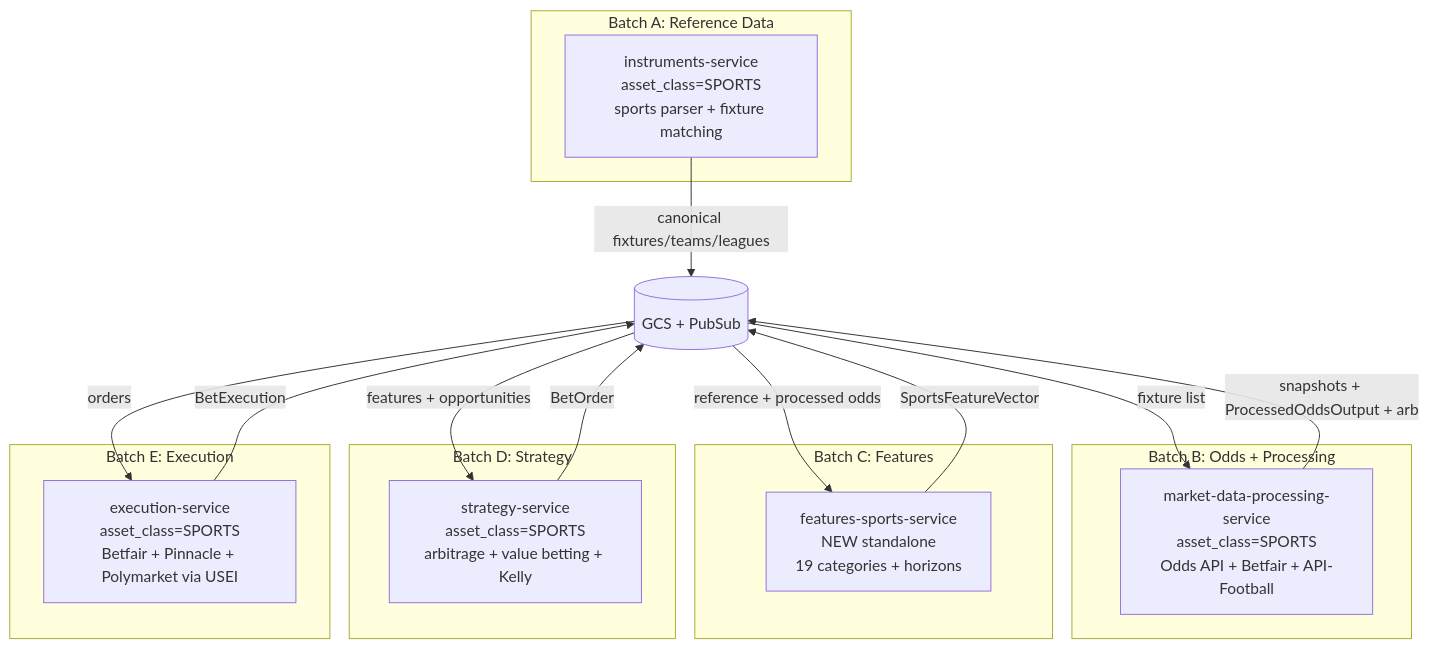
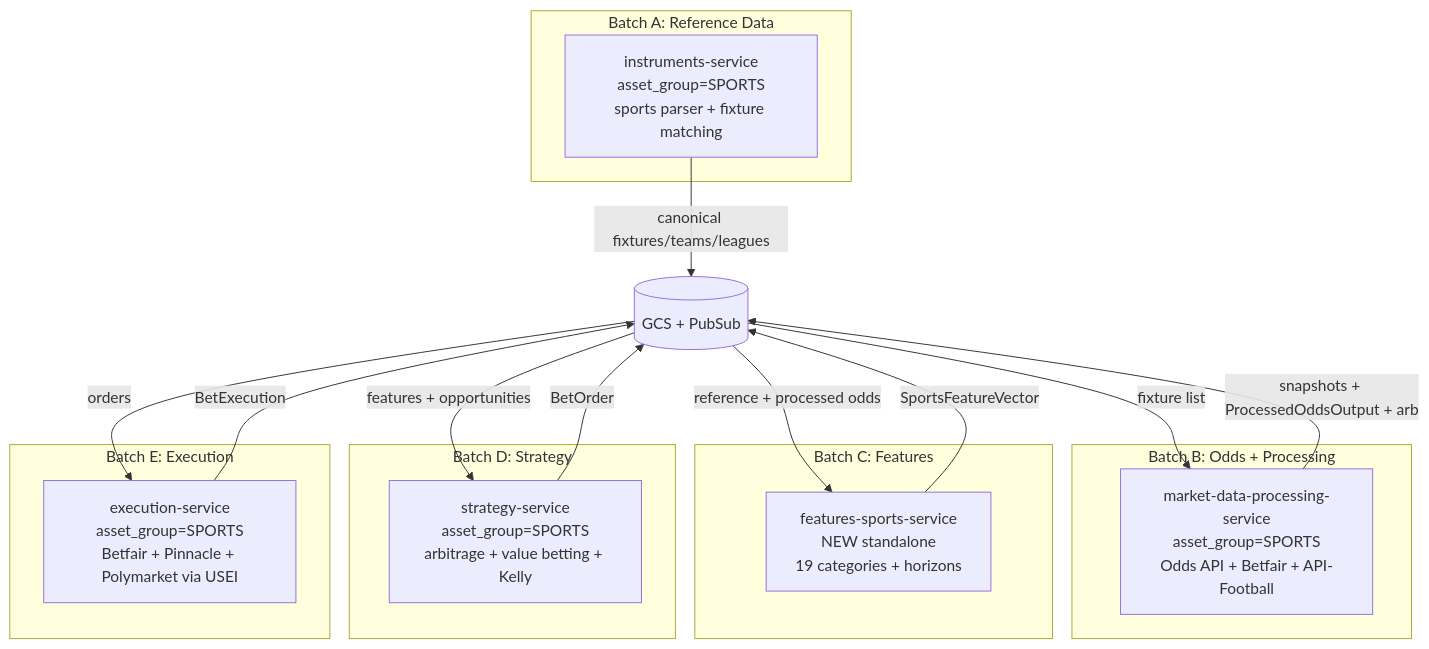
One commit to IggyIkenna/unified-trading-system-ui changed the tenth of 10 diagrams in context/codex/04-architecture/deployment-topology-diagrams.md. Above: the diagram before and after it, drawn with Mermaid. The commit also changed other lines of this file and 110 other files, not shown here.

````diff
--- a/context/codex/04-architecture/deployment-topology-diagrams.md
+++ b/context/codex/04-architecture/deployment-topology-diagrams.md
@@ -480,34 +480,34 @@
 ```mermaid
 graph TD
     subgraph BatchA [Batch A: Reference Data]
-        Instruments[instruments-service<br/>asset_class=SPORTS<br/>sports parser + fixture matching]
+        Instruments[instruments-service<br/>asset_group=SPORTS<br/>sports parser + fixture matching]
     end
 
     subgraph BatchB [Batch B: Odds + Processing]
-        MDP[market-data-processing-service<br/>asset_class=SPORTS<br/>Odds API + Betfair + API-Football]
+        MDP[market-data-processing-service<br/>asset_group=SPORTS<br/>Odds API + Betfair + API-Football]
     end
 
     subgraph BatchC [Batch C: Features]
         FeatSports[features-sports-service<br/>NEW standalone<br/>19 categories + horizons]
     end
 
     subgraph BatchD [Batch D: Strategy]
-        Strategy[strategy-service<br/>asset_class=SPORTS<br/>arbitrage + value betting + Kelly]
+        Strategy[strategy-service<br/>asset_group=SPORTS<br/>arbitrage + value betting + Kelly]
     end
 
     subgraph BatchE [Batch E: Execution]
-        Execution[execution-service<br/>asset_class=SPORTS<br/>Betfair + Pinnacle + Polymarket via USEI]
+        Execution[execution-service<br/>asset_group=SPORTS<br/>Betfair + Pinnacle + Polymarket via USEI]
     end
 
     GCS[(GCS + PubSub)]
 
     Instruments -->|canonical fixtures/teams/leagues| GCS
     GCS -->|fixture list| MDP
     MDP -->|snapshots + ProcessedOddsOutput + arb| GCS
     GCS -->|reference + processed odds| FeatSports
     FeatSports -->|SportsFeatureVector| GCS
     GCS -->|features + opportunities| Strategy
     Strategy -->|BetOrder| GCS
     GCS -->|orders| Execution
     Execution -->|BetExecution| GCS
 ```
````
